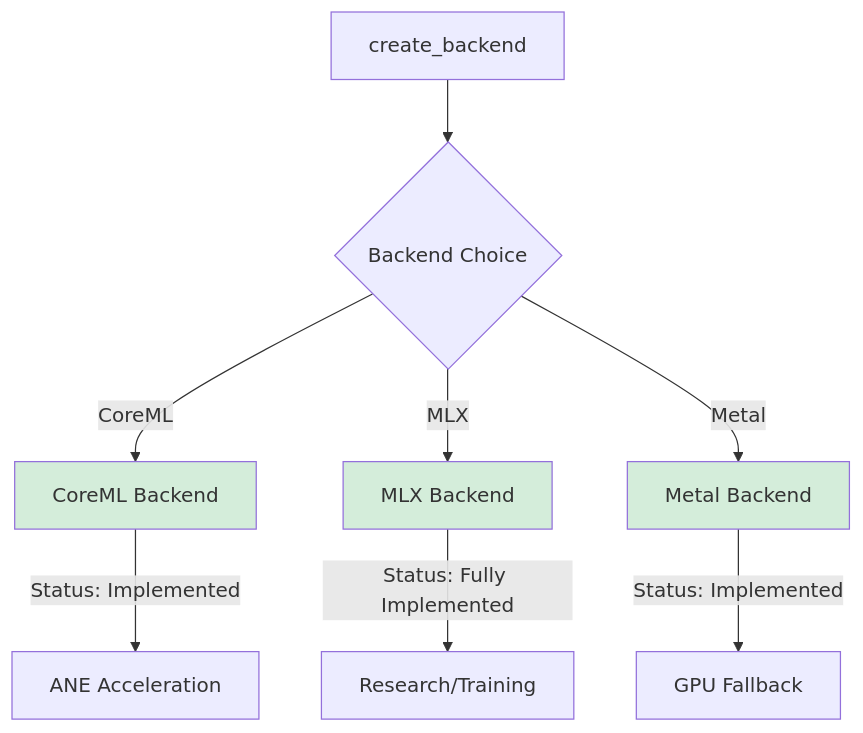
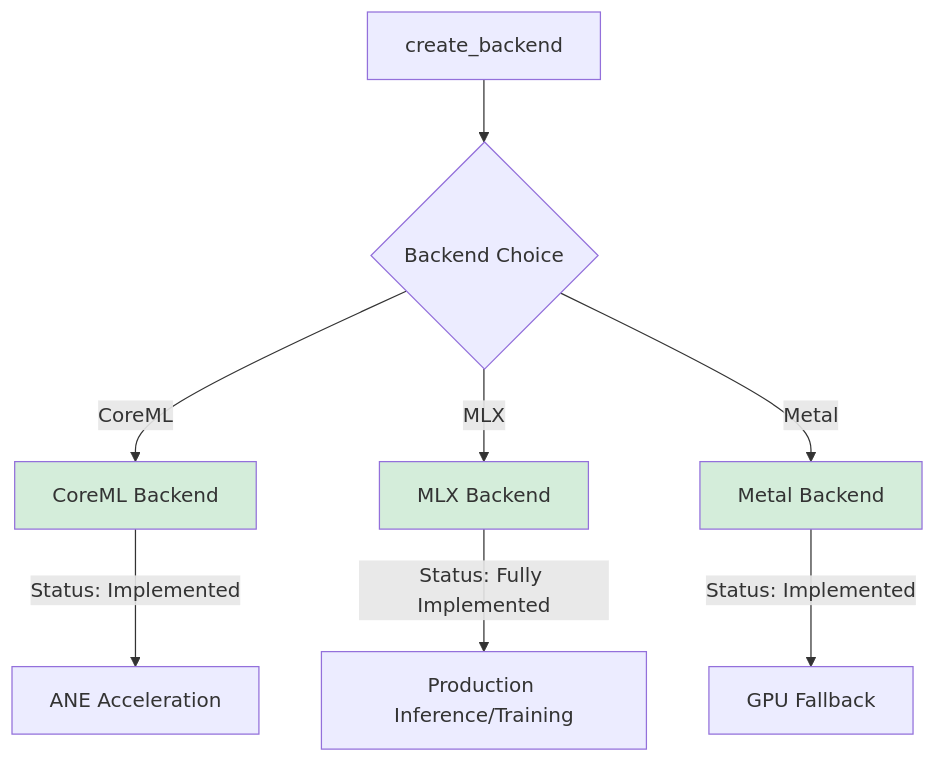
One commit to rogu3bear/adapter-os changed the diagram in docs/MLX_INTEGRATION.md. Above: the diagram before and after it, drawn with Mermaid. The commit also changed other lines of this file and 28 other files, not shown here.

````diff
--- a/docs/MLX_INTEGRATION.md
+++ b/docs/MLX_INTEGRATION.md
@@ -551,14 +551,14 @@
 ```mermaid
 flowchart TD
     A[create_backend] --> B{Backend Choice}
     B -->|CoreML| C[CoreML Backend]
     B -->|MLX| D[MLX Backend]
     B -->|Metal| E[Metal Backend]
     C -->|Status: Implemented| F[ANE Acceleration]
-    D -->|Status: Fully Implemented| G[Research/Training]
+    D -->|Status: Fully Implemented| G[Production Inference/Training]
     E -->|Status: Implemented| H[GPU Fallback]
 
     style C fill:#d4edda
     style D fill:#d4edda
     style E fill:#d4edda
 ```
````
